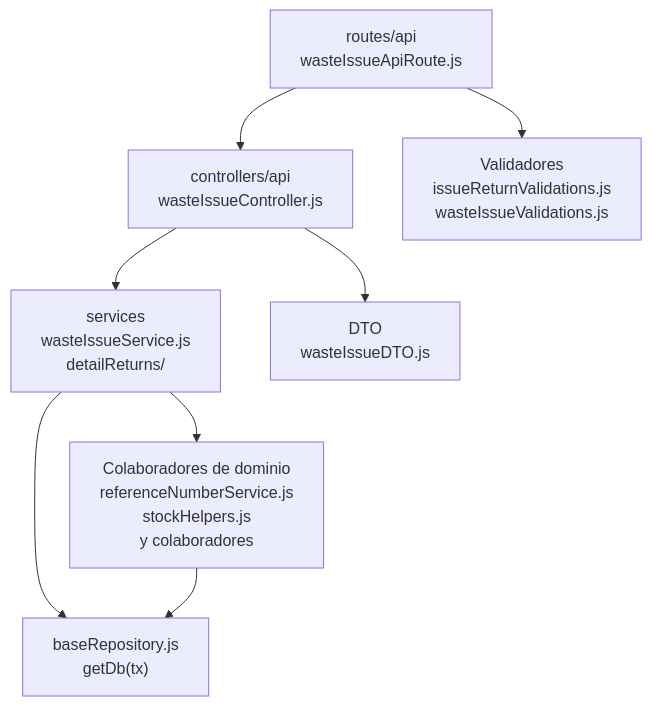
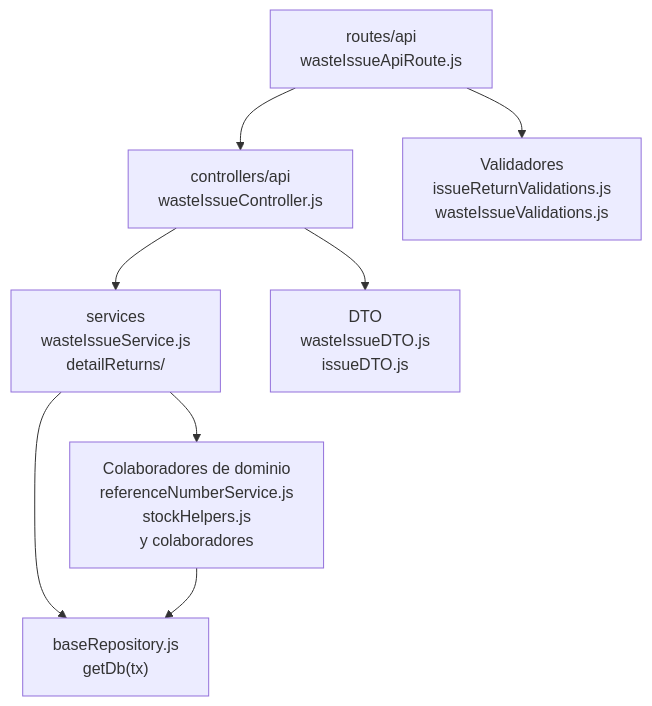
Before and after one commit to gpgsistemas01/nexus: the diagram in back/docs/architecture/views/development/backend-technical-documentation/14-waste-issues-code.md, drawn with Mermaid. The commit also changed other lines of this file and 42 other files, not shown here.

````diff
--- a/back/docs/architecture/views/development/backend-technical-documentation/14-waste-issues-code.md
+++ b/back/docs/architecture/views/development/backend-technical-documentation/14-waste-issues-code.md
@@ -7,17 +7,17 @@
 ```mermaid
 flowchart TB
     R["routes/api<br/>wasteIssueApiRoute.js"]
     C["controllers/api<br/>wasteIssueController.js"]
     S["services<br/>wasteIssueService.js<br/>detailReturns/"]
-    D["DTO<br/>wasteIssueDTO.js"]
+    D["DTO<br/>wasteIssueDTO.js<br/>issueDTO.js"]
     X["Colaboradores de dominio<br/>referenceNumberService.js<br/>stockHelpers.js<br/>y colaboradores"]
     V["Validadores<br/>issueReturnValidations.js<br/>wasteIssueValidations.js"]
     P["baseRepository.js<br/>getDb(tx)"]
     C --> D
     C --> S
     R --> C
     R --> V
     S --> P
     S --> X
     X --> P
 ```
````
